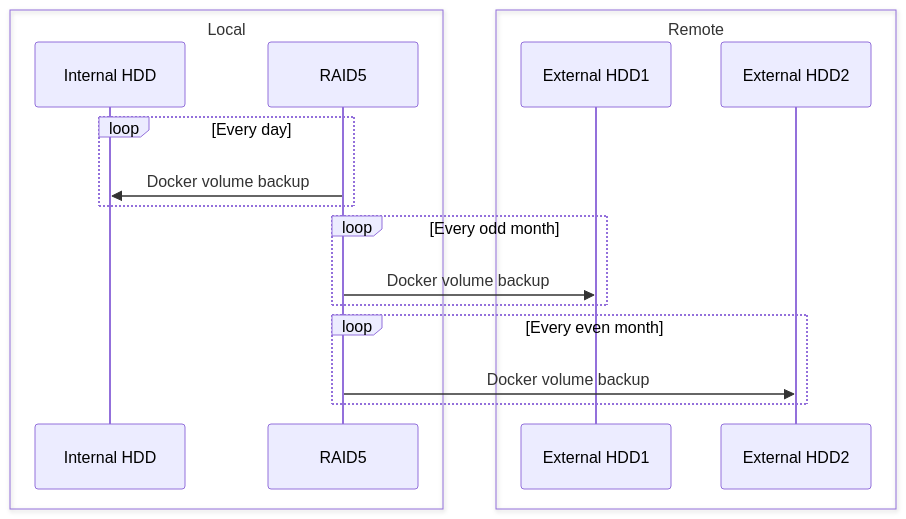
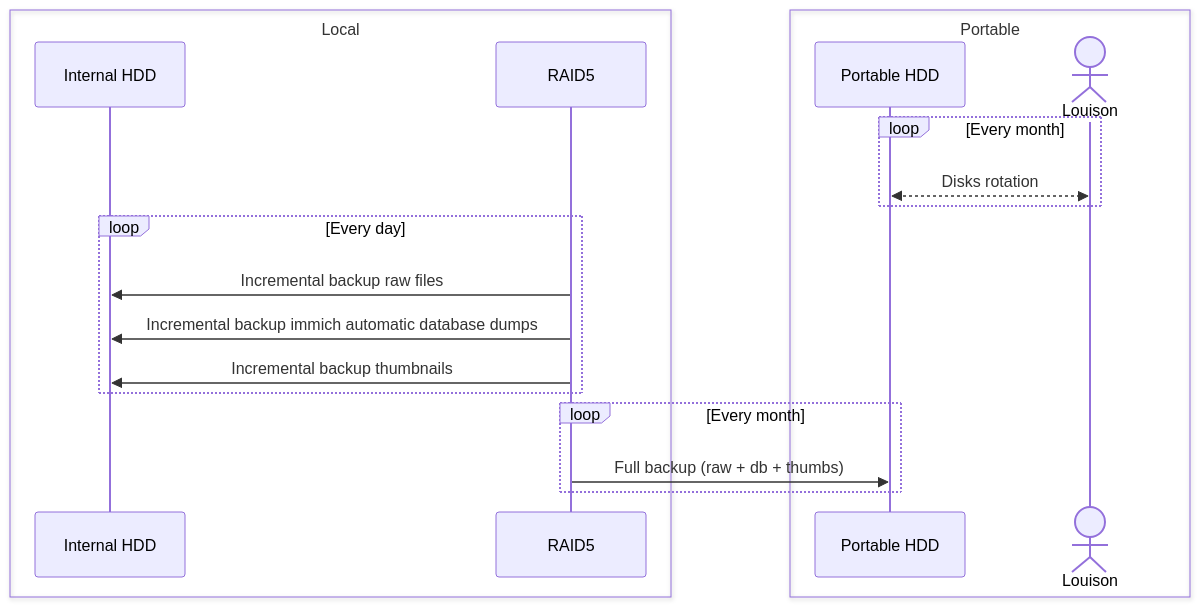
One commit to louisonsarlinmagnus/homelab changed the second of 2 diagrams in docs/blog/posts/backup.md. Above: the diagram before and after it, drawn with Mermaid. The commit also changed other lines of this file and 2 other files, not shown here.

Commit message:
dev: changing backup strategy

````diff
--- a/docs/blog/posts/backup.md
+++ b/docs/blog/posts/backup.md
@@ -56,20 +58,22 @@
 ```mermaid
 sequenceDiagram
     box Local
         participant Internal HDD
         participant RAID5
     end
-    box Remote
-        participant External HDD1
-        participant External HDD2
+    box Portable
+        participant Portable HDD
+        actor Louison
+    end
+    loop Every month
+        Louison<<-->>Portable HDD: Disks rotation
     end
     loop Every day
-        RAID5->>Internal HDD: Docker volume backup
+        RAID5->>Internal HDD: Incremental backup raw files
+        RAID5->>Internal HDD: Incremental backup immich automatic database dumps
+        RAID5->>Internal HDD: Incremental backup thumbnails
     end
-    loop Every odd month
-        RAID5->>External HDD1: Docker volume backup
-    end
-    loop Every even month
-        RAID5->>External HDD2: Docker volume backup
+    loop Every month
+        RAID5->>Portable HDD: Full backup (raw + db + thumbs)
     end
 ```
````
